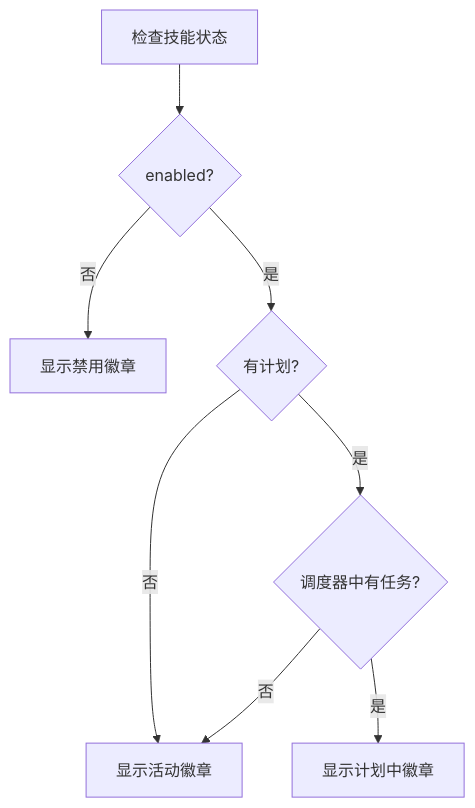
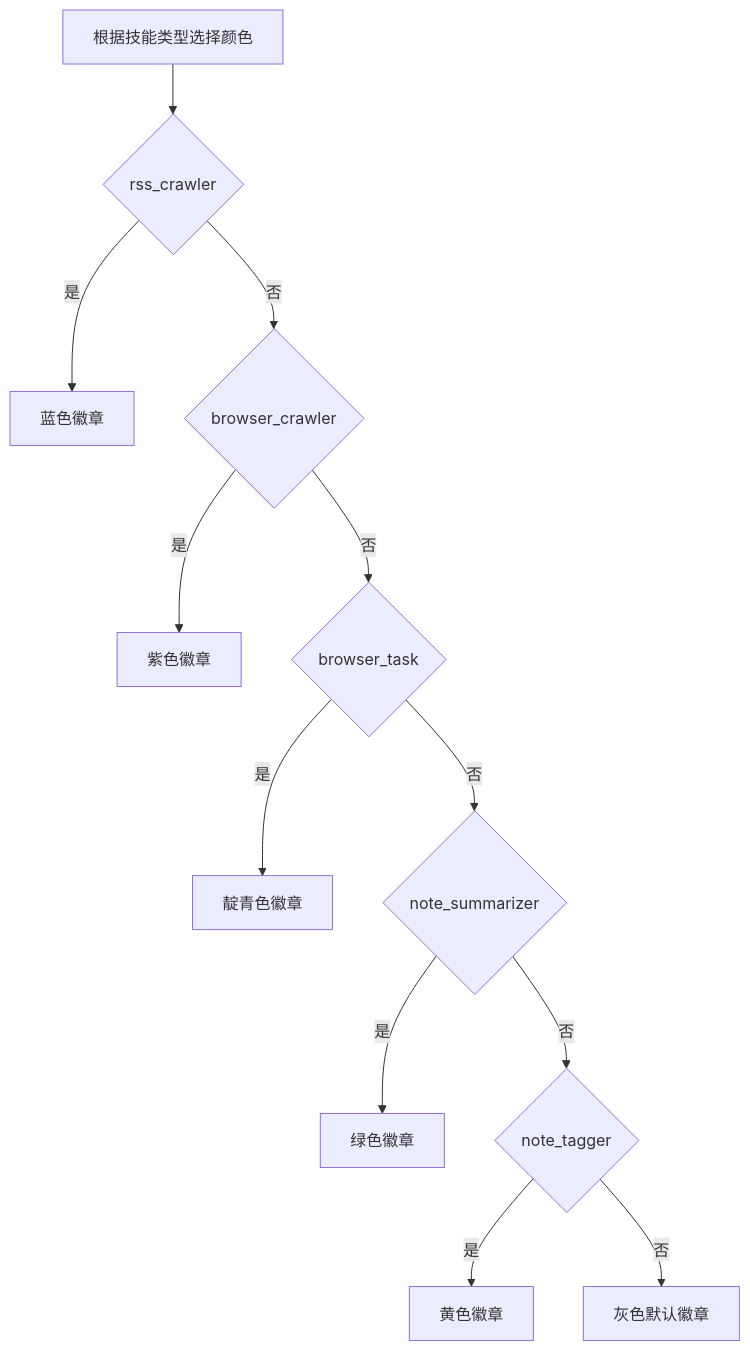
Before and after one commit to jackeyunjie/open-notebook: the fourth of 12 diagrams in .qoder/repowiki/zh/content/前端架构/技能管理前端页面.md, drawn with Mermaid. The commit also changed other lines of this file and 24 other files, not shown here.

````diff
--- a/.qoder/repowiki/zh/content/前端架构/技能管理前端页面.md
+++ b/.qoder/repowiki/zh/content/前端架构/技能管理前端页面.md
@@ -201,10 +235,14 @@
 ```mermaid
 flowchart TD
-A[检查技能状态] --> B{enabled?}
-B --> |否| C[显示禁用徽章]
-B --> |是| D{有计划?}
-D --> |否| E[显示活动徽章]
-D --> |是| F{调度器中有任务?}
-F --> |是| G[显示计划中徽章]
-F --> |否| E
+A[根据技能类型选择颜色] --> B{rss_crawler}
+B --> |是| C[蓝色徽章]
+B --> |否| D{browser_crawler}
+D --> |是| E[紫色徽章]
+D --> |否| F{browser_task}
+F --> |是| G[靛青色徽章]
+F --> |否| H{note_summarizer}
+H --> |是| I[绿色徽章]
+H --> |否| J{note_tagger}
+J --> |是| K[黄色徽章]
+J --> |否| L[灰色默认徽章]
 ```
````
